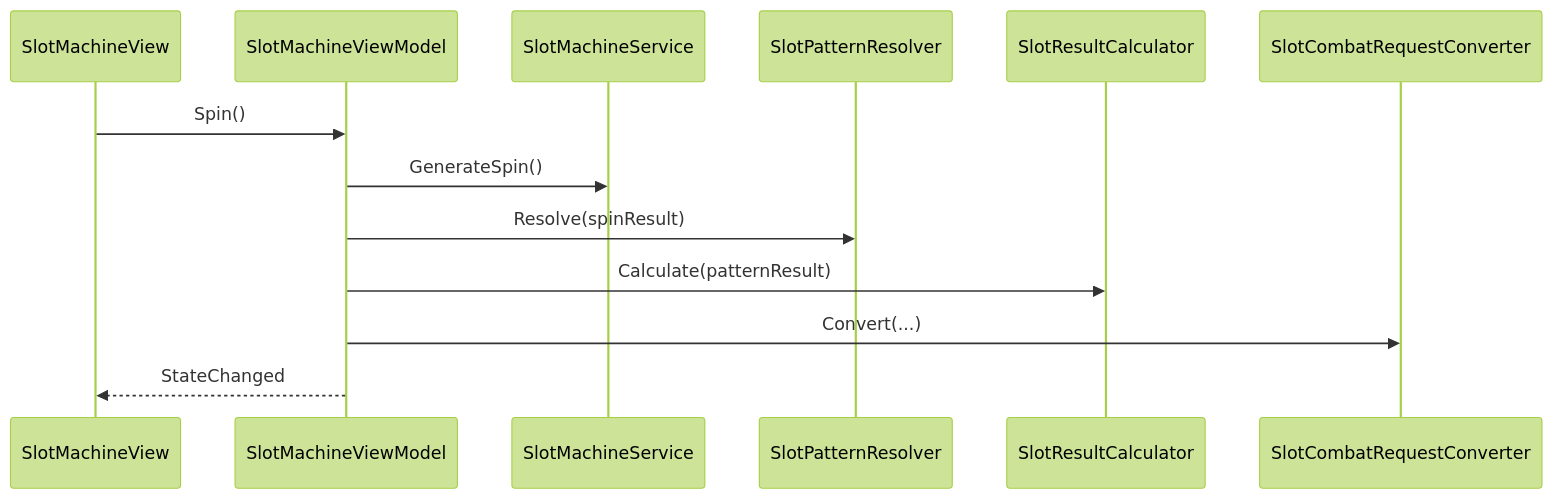
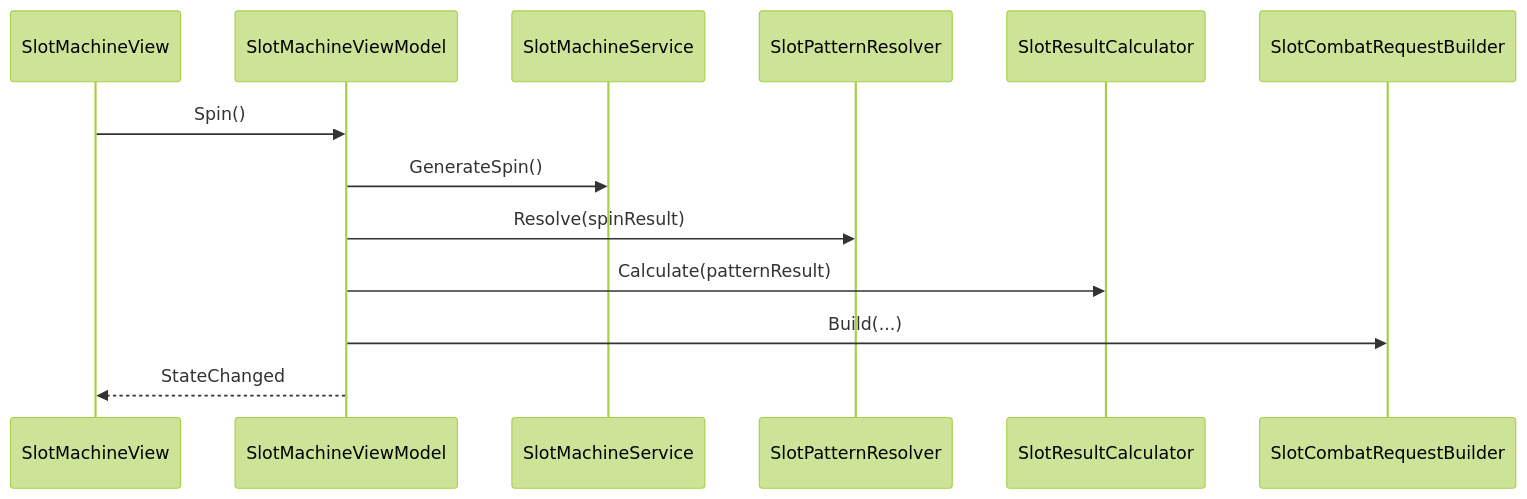
Before and after one commit to YooKyubin/SlotRogue: the diagram in docs/design-docs/slot-core.md, drawn with Mermaid (forest theme). The commit also changed other lines of this file and 12 other files, not shown here.

First line of the commit message:
refactor(slot): SlotCombatRequestConverter를 Builder로 교체

````diff
--- a/docs/design-docs/slot-core.md
+++ b/docs/design-docs/slot-core.md
@@ -25,15 +25,15 @@
 ```mermaid
 sequenceDiagram
   participant View as SlotMachineView
   participant VM as SlotMachineViewModel
   participant Service as SlotMachineService
   participant Resolver as SlotPatternResolver
   participant Calculator as SlotResultCalculator
-  participant Converter as SlotCombatRequestConverter
+  participant Builder as SlotCombatRequestBuilder
   View->>VM: Spin()
   VM->>Service: GenerateSpin()
   VM->>Resolver: Resolve(spinResult)
   VM->>Calculator: Calculate(patternResult)
-  VM->>Converter: Convert(...)
+  VM->>Builder: Build(...)
   VM-->>View: StateChanged
 ```
````
